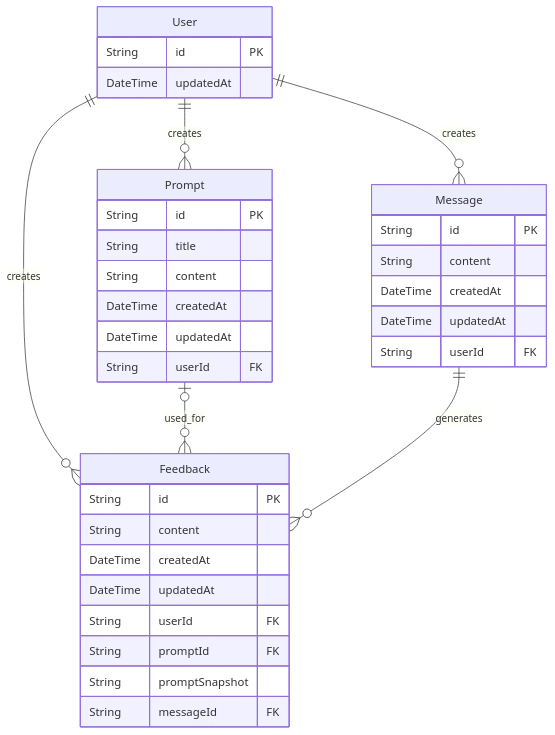
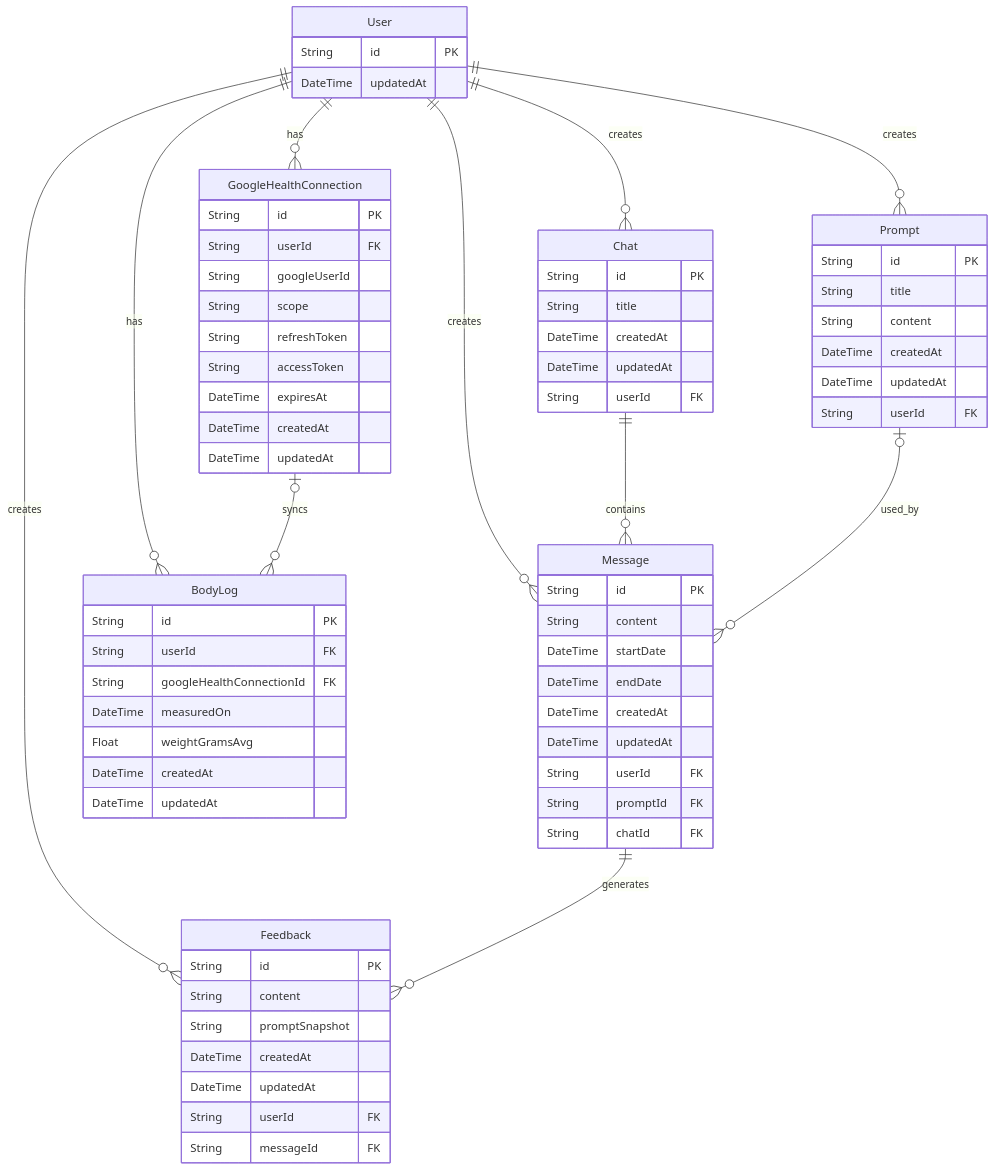
Before and after one commit to West-tm/fitlog-ai: the diagram in README.md, drawn with Mermaid. The commit also changed other lines of this file, not shown here.

````diff
--- a/README.md
+++ b/README.md
@@ -66,42 +69,80 @@
 ```mermaid
 erDiagram
   User ||--o{ Prompt : creates
+  User ||--o{ Chat : creates
   User ||--o{ Message : creates
   User ||--o{ Feedback : creates
+  User ||--o{ GoogleHealthConnection : has
+  User ||--o{ BodyLog : has
 
-  Prompt o|--o{ Feedback : used_for
+  Chat ||--o{ Message : contains
+  Prompt o|--o{ Message : used_by
   Message ||--o{ Feedback : generates
+  GoogleHealthConnection o|--o{ BodyLog : syncs
 
   User {
     String id PK
     DateTime updatedAt
   }
 
   Prompt {
     String id PK
     String title
     String content
     DateTime createdAt
     DateTime updatedAt
     String userId FK
   }
 
-  Message {
+  Chat {
     String id PK
-    String content
+    String title
     DateTime createdAt
     DateTime updatedAt
     String userId FK
   }
 
-  Feedback {
+  Message {
     String id PK
     String content
+    DateTime startDate
+    DateTime endDate
     DateTime createdAt
     DateTime updatedAt
     String userId FK
     String promptId FK
+    String chatId FK
+  }
+
+  Feedback {
+    String id PK
+    String content
     String promptSnapshot
+    DateTime createdAt
+    DateTime updatedAt
+    String userId FK
     String messageId FK
   }
+
+  GoogleHealthConnection {
+    String id PK
+    String userId FK
+    String googleUserId
+    String scope
+    String refreshToken
+    String accessToken
+    DateTime expiresAt
+    DateTime createdAt
+    DateTime updatedAt
+  }
+
+  BodyLog {
+    String id PK
+    String userId FK
+    String googleHealthConnectionId FK
+    DateTime measuredOn
+    Float weightGramsAvg
+    DateTime createdAt
+    DateTime updatedAt
+  }
 ```
````
